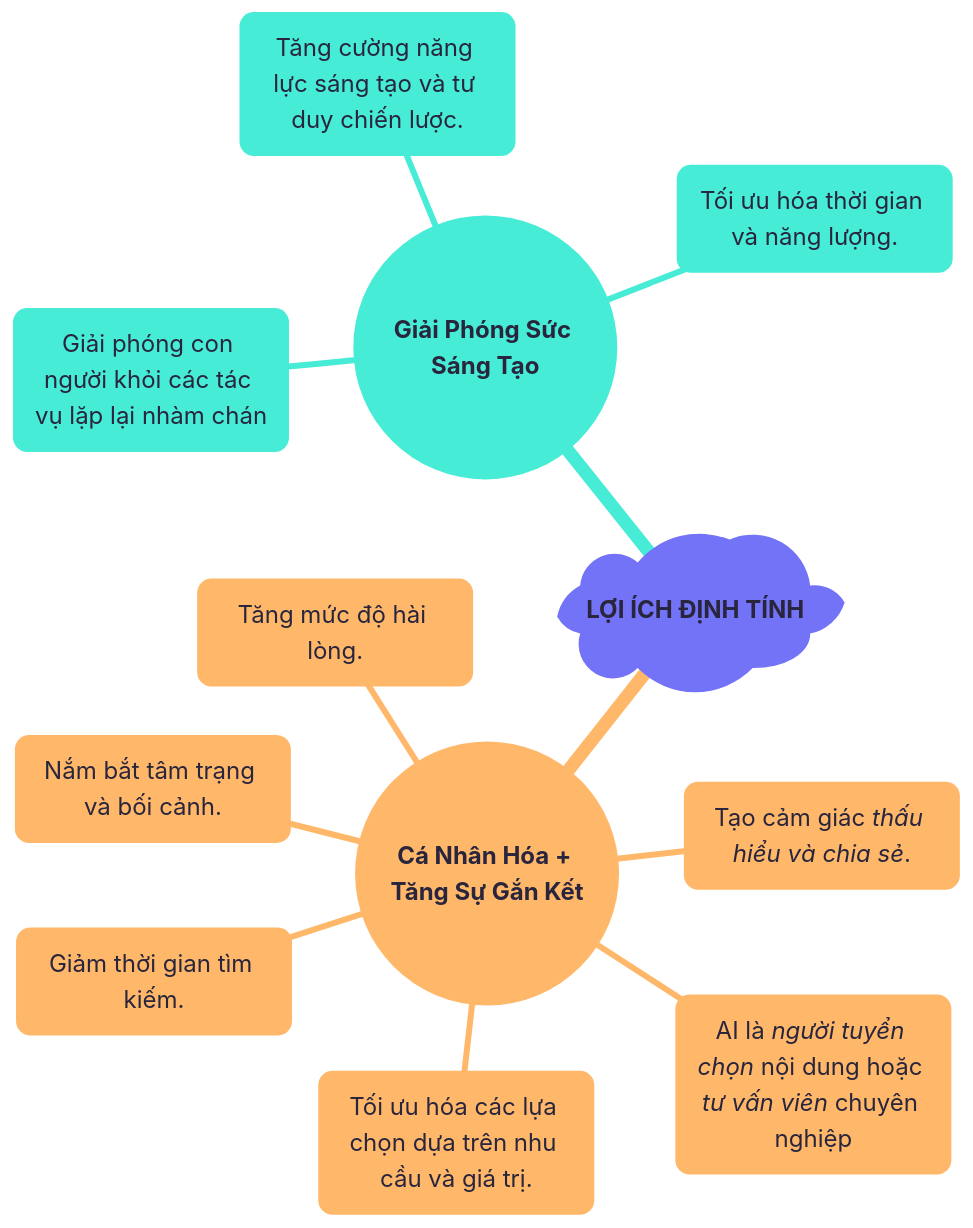
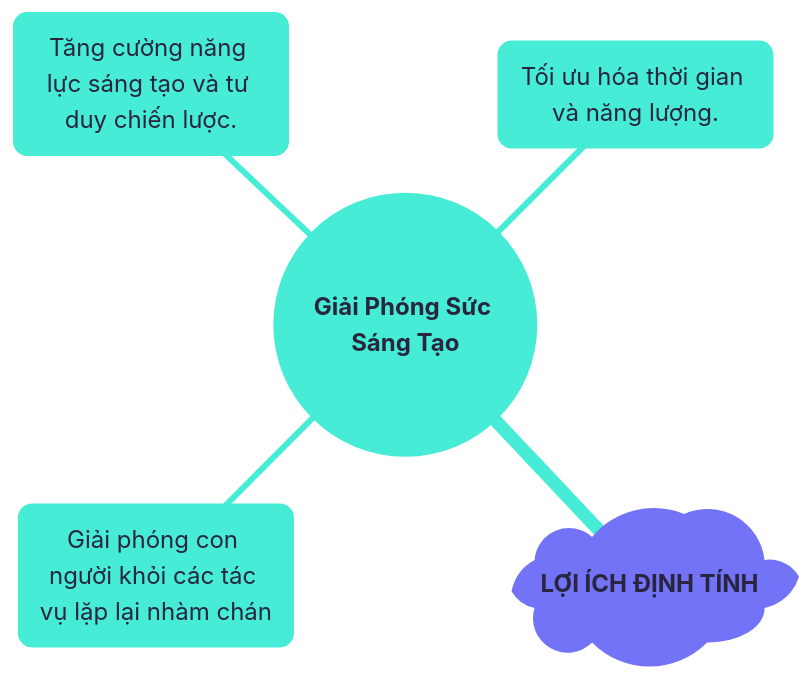
Before and after one commit to sam-uit/typst-report-template: the diagram in content/diagrams/chapter04-loiichdinhtinh-giaiphongsangtao.mmd, drawn with Mermaid. The commit also changed 3 other files, not shown here.

```diff
--- a/content/diagrams/chapter04-loiichdinhtinh-giaiphongsangtao.mmd
+++ b/content/diagrams/chapter04-loiichdinhtinh-giaiphongsangtao.mmd
@@ -1,20 +1,13 @@
 ---
 config:
   theme: redux-color
   themeVariables:
     fontFamily: Google Sans
     fontSize: 20px
 ---
 mindmap
 )**LỢI ÍCH ĐỊNH TÍNH**(
   ((**Giải Phóng Sức Sáng Tạo**))
     (Giải phóng con người khỏi các tác vụ lặp lại nhàm chán)
     Tăng cường năng lực sáng tạo và tư duy chiến lược.
     Tối ưu hóa thời gian và năng lượng.
-  ((**Cá Nhân Hóa + Tăng Sự Gắn Kết**))
-    (AI là *người tuyển chọn* nội dung hoặc *tư vấn viên* chuyên nghiệp)
-    Nắm bắt tâm trạng và bối cảnh.
-    Tạo cảm giác *thấu hiểu và chia sẻ*.
-    Tối ưu hóa các lựa chọn dựa trên nhu cầu và giá trị.
-    Giảm thời gian tìm kiếm.
-    Tăng mức độ hài lòng.
```
